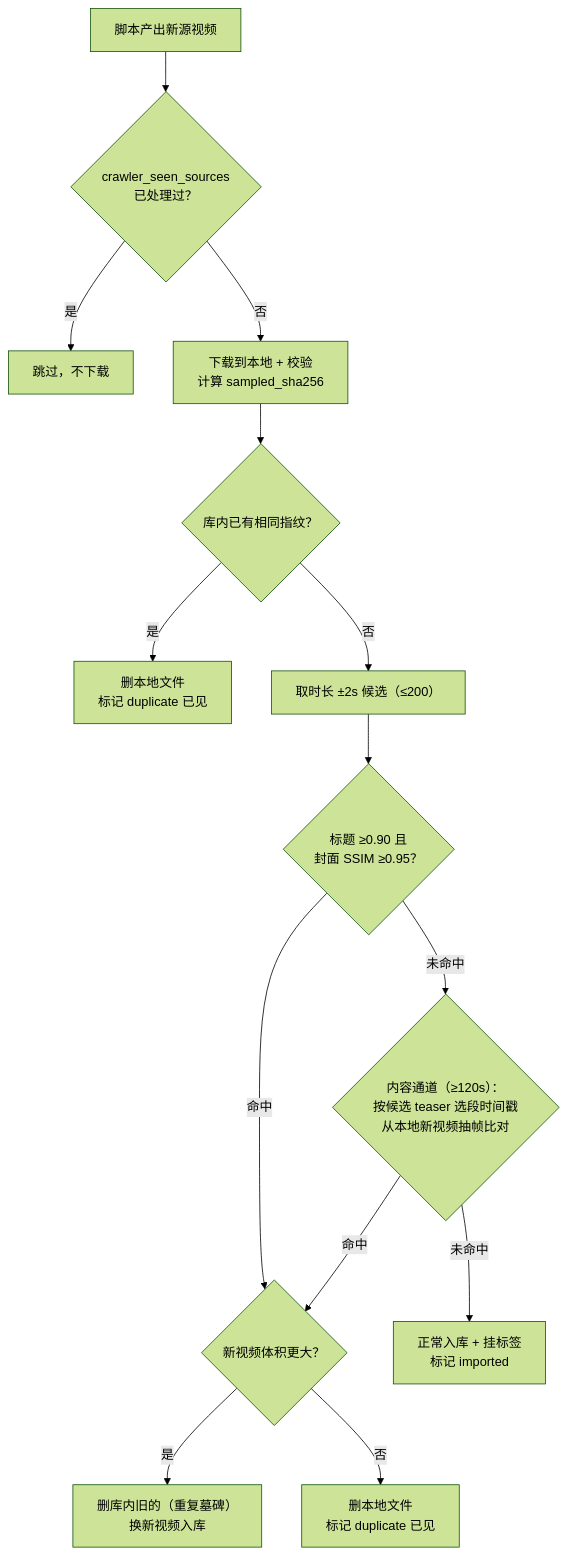
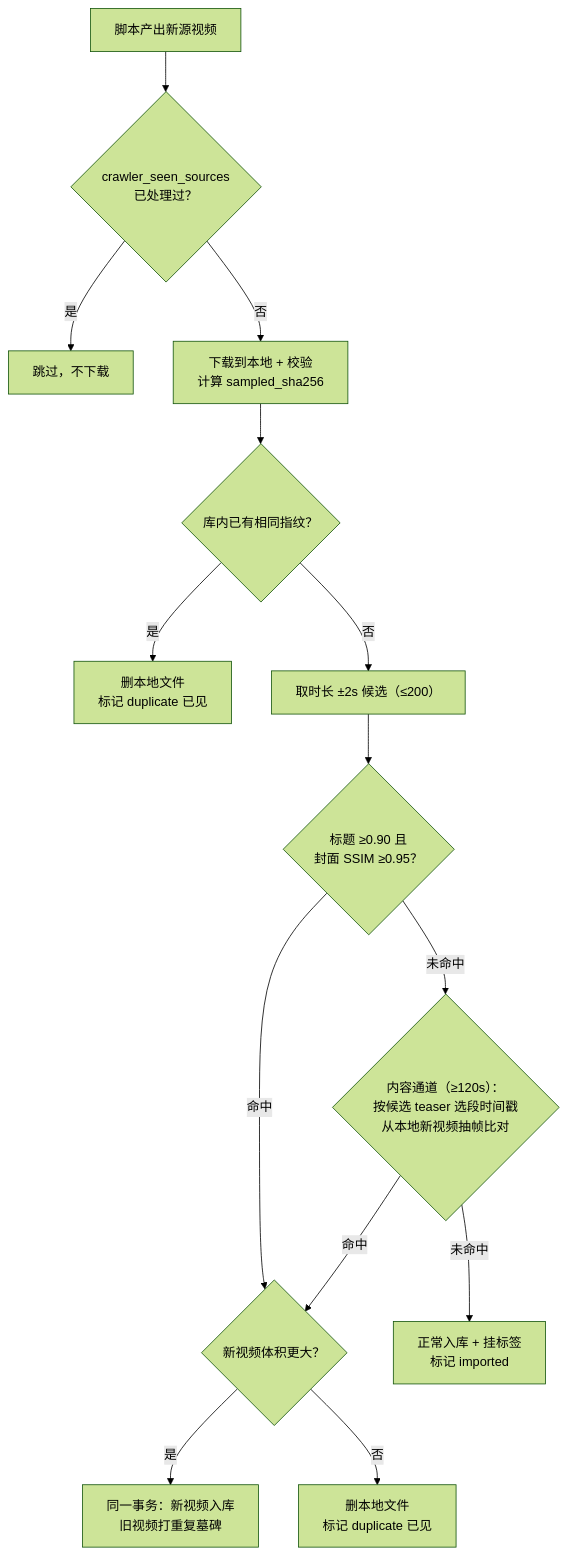
The second of 3 diagrams in backend/docs/DEDUP.md (BAIBAIGE/91), drawn with Mermaid (forest theme) before and after one commit. The commit also changed other lines of this file and 21 other files, not shown here.

````diff
--- a/backend/docs/DEDUP.md
+++ b/backend/docs/DEDUP.md
@@ -42,16 +42,16 @@
 ```mermaid
 flowchart TD
     A["脚本产出新源视频"] --> B{"crawler_seen_sources<br/>已处理过？"}
     B -- 是 --> SKIP1["跳过，不下载"]
     B -- 否 --> C["下载到本地 + 校验<br/>计算 sampled_sha256"]
     C --> D{"库内已有相同指纹？"}
     D -- 是 --> SKIP2["删本地文件<br/>标记 duplicate 已见"]
     D -- 否 --> E["取时长 ±2s 候选（≤200）"]
     E --> F{"标题 ≥0.90 且<br/>封面 SSIM ≥0.95？"}
     F -- 命中 --> H{"新视频体积更大？"}
     F -- 未命中 --> G{"内容通道（≥120s）：<br/>按候选 teaser 选段时间戳<br/>从本地新视频抽帧比对"}
     G -- 命中 --> H
     G -- 未命中 --> J["正常入库 + 挂标签<br/>标记 imported"]
-    H -- 是 --> K["删库内旧的（重复墓碑）<br/>换新视频入库"]
+    H -- 是 --> K["同一事务：新视频入库<br/>旧视频打重复墓碑"]
     H -- 否 --> L["删本地文件<br/>标记 duplicate 已见"]
 ```
````
